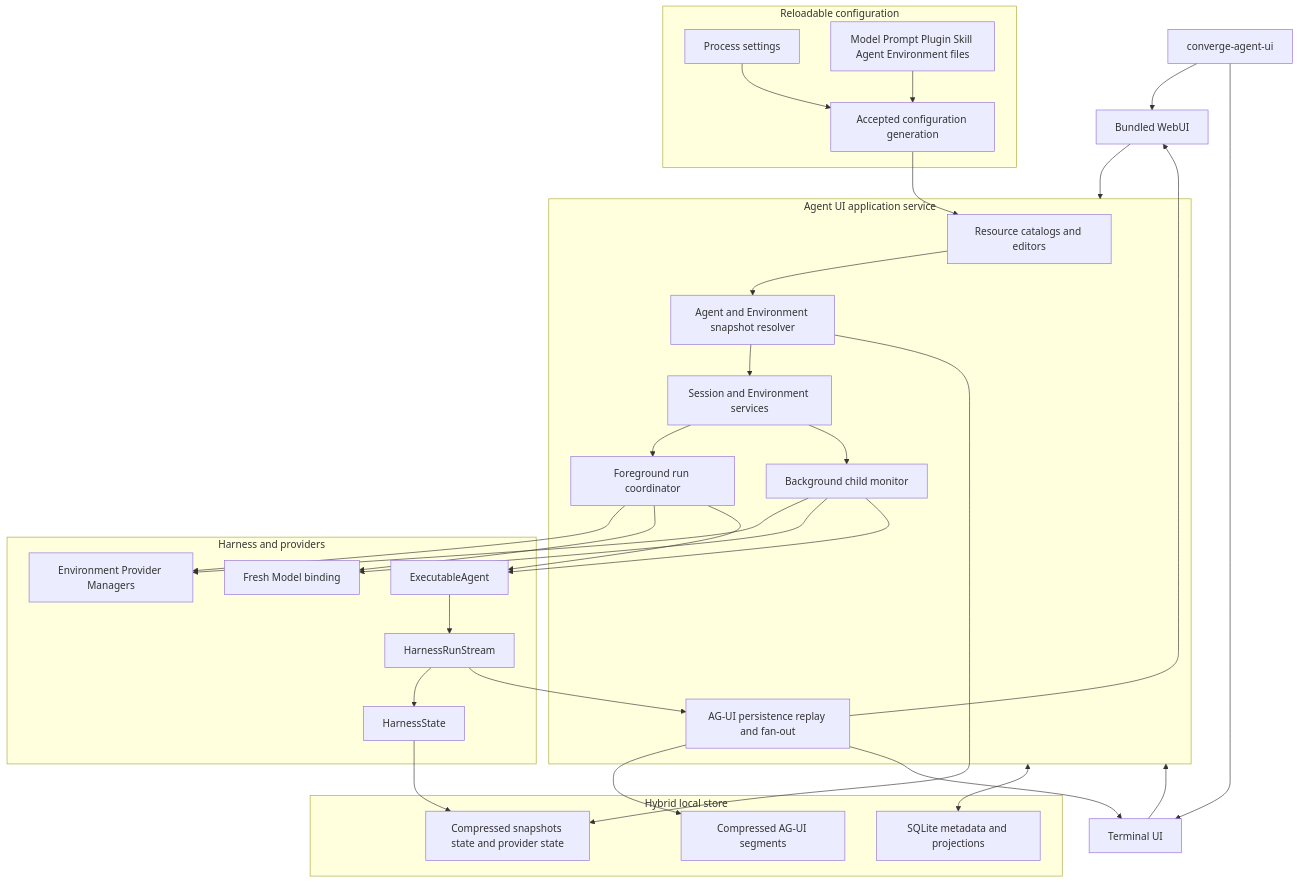
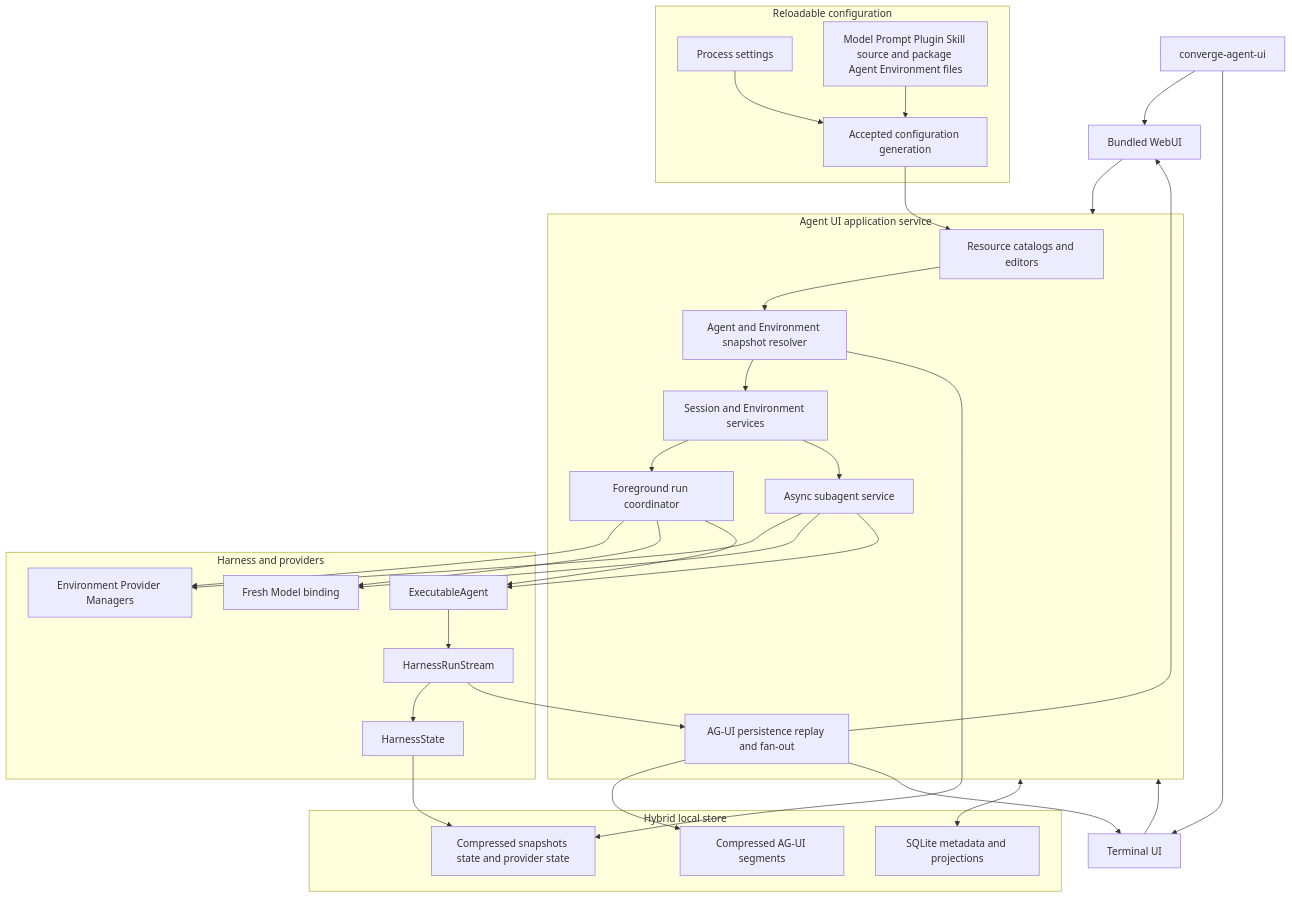
The second of 3 diagrams in spec/agent-ui/00-overview.md (LTThreeComma/agent-foundation), drawn with Mermaid before and after one commit. The commit also changed other lines of this file and 48 other files, not shown here.

First line of the commit message:
feat(runtime): add environment attachments and bound skill discovery

````diff
--- a/spec/agent-ui/00-overview.md
+++ b/spec/agent-ui/00-overview.md
@@ -68,51 +72,51 @@
 ```mermaid
 flowchart TB
     CLI[converge-agent-ui]
     Web[Bundled WebUI]
     TUI[Terminal UI]
 
     subgraph Configuration[Reloadable configuration]
         Settings[Process settings]
-        Definitions[Model Prompt Plugin Skill Agent Environment files]
+        Definitions[Model Prompt Plugin Skill source and package Agent Environment files]
         Generation[Accepted configuration generation]
     end
 
     subgraph App[Agent UI application service]
         Catalogs[Resource catalogs and editors]
         Resolver[Agent and Environment snapshot resolver]
         Sessions[Session and Environment services]
         Runs[Foreground run coordinator]
-        Jobs[Background child monitor]
+        Jobs[Async subagent service]
         Events[AG-UI persistence replay and fan-out]
     end
 
     subgraph Store[Hybrid local store]
         DB[SQLite metadata and projections]
         Objects[Compressed snapshots state and provider state]
         Segments[Compressed AG-UI segments]
     end
 
     subgraph Runtime[Harness and providers]
         Provider[Environment Provider Managers]
         Model[Fresh Model binding]
         Executable[ExecutableAgent]
         Stream[HarnessRunStream]
         State[HarnessState]
     end
 
     Settings & Definitions --> Generation --> Catalogs
     CLI --> Web
     CLI --> TUI
     Web & TUI --> App
     Catalogs --> Resolver
     Resolver --> Sessions
     Sessions --> Runs & Jobs
     App <--> DB
     Resolver --> Objects
     Runs & Jobs --> Provider
     Runs & Jobs --> Model
     Runs & Jobs --> Executable --> Stream --> State
     State --> Objects
     Stream --> Events --> Segments
     Events --> Web & TUI
 ```
````
